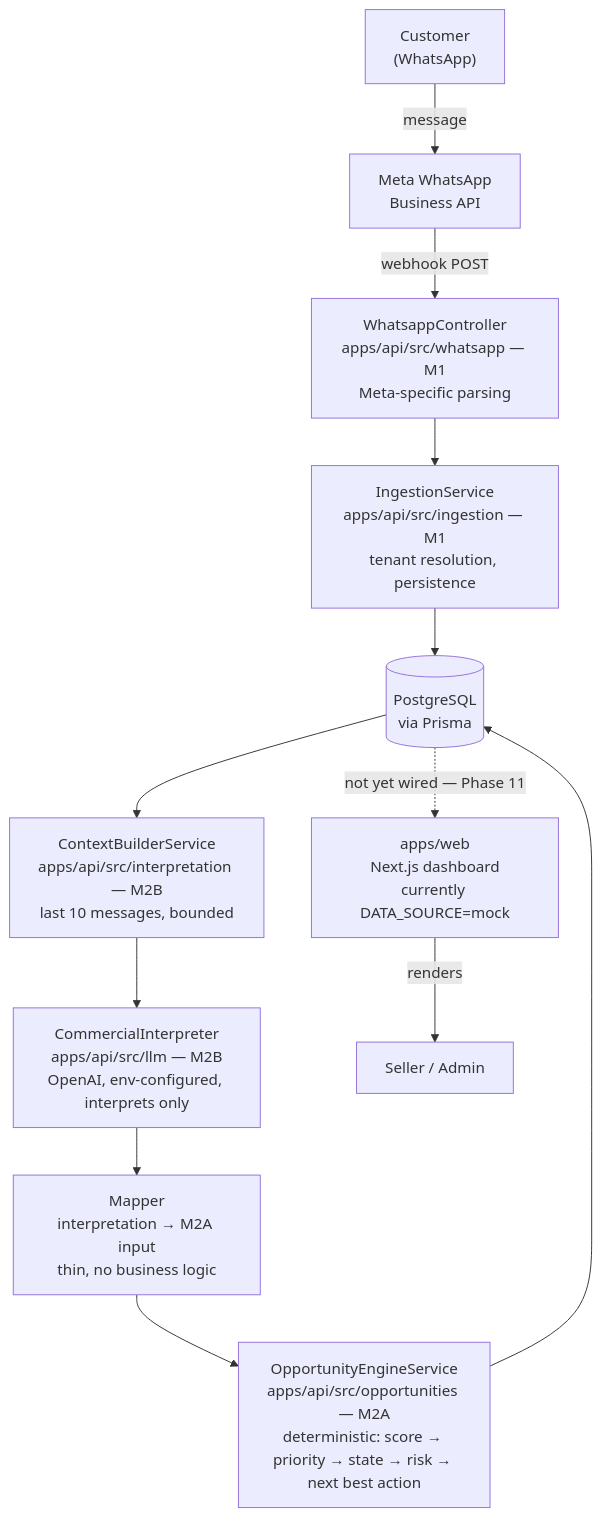
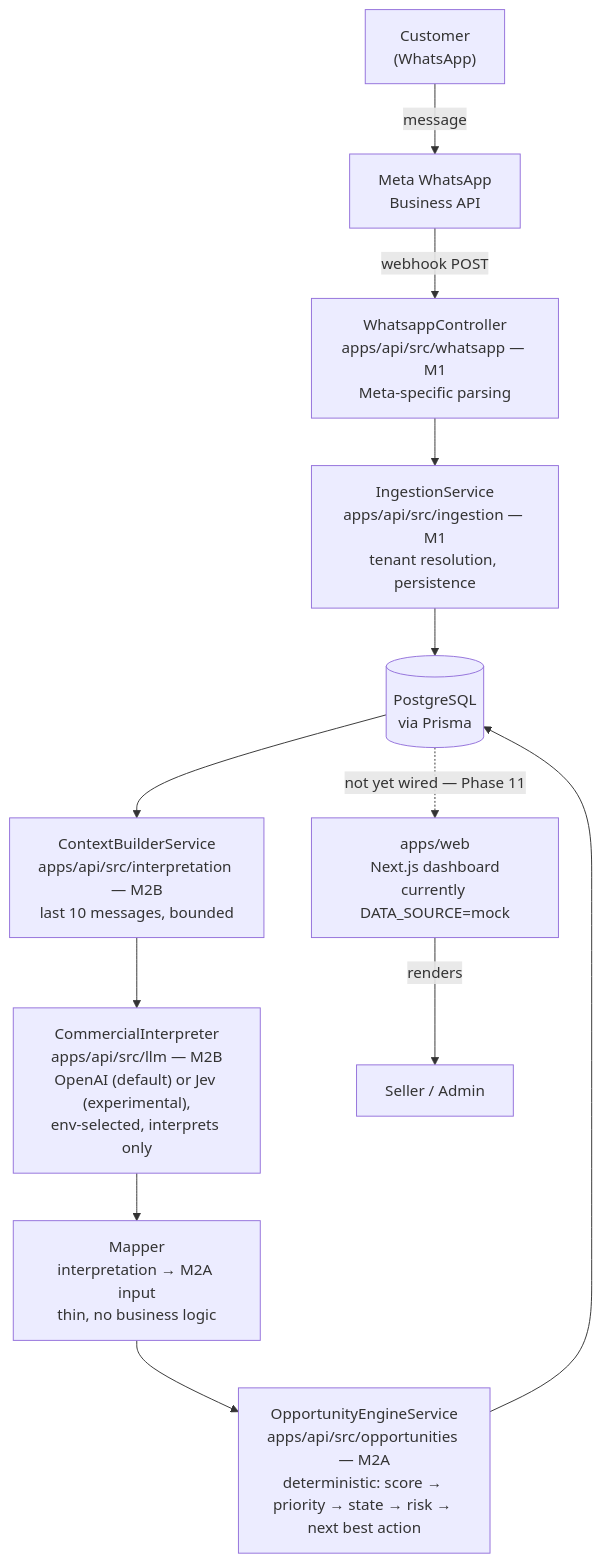
The diagram in docs/SYSTEM.md (keom-code/keom-platform), drawn with Mermaid before and after one commit. The commit also changed 29 other files, not shown here.

First line of the commit message:
Add Jev (TypeSafe AI) as an opt-in M2B commercial interpreter with offline evaluation

````diff
--- a/docs/SYSTEM.md
+++ b/docs/SYSTEM.md
@@ -19,16 +19,16 @@
 ```mermaid
 flowchart TD
     Customer["Customer<br/>(WhatsApp)"] -->|message| Meta["Meta WhatsApp<br/>Business API"]
     Meta -->|webhook POST| Webhook["WhatsappController<br/>apps/api/src/whatsapp — M1<br/>Meta-specific parsing"]
     Webhook --> Ingestion["IngestionService<br/>apps/api/src/ingestion — M1<br/>tenant resolution, persistence"]
     Ingestion --> DB[("PostgreSQL<br/>via Prisma")]
 
     DB --> ContextBuilder["ContextBuilderService<br/>apps/api/src/interpretation — M2B<br/>last 10 messages, bounded"]
-    ContextBuilder --> LLM["CommercialInterpreter<br/>apps/api/src/llm — M2B<br/>OpenAI, env-configured, interprets only"]
+    ContextBuilder --> LLM["CommercialInterpreter<br/>apps/api/src/llm — M2B<br/>OpenAI (default) or Jev (experimental),<br/>env-selected, interprets only"]
     LLM --> Mapper["Mapper<br/>interpretation → M2A input<br/>thin, no business logic"]
     Mapper --> Engine["OpportunityEngineService<br/>apps/api/src/opportunities — M2A<br/>deterministic: score → priority → state → risk → next best action"]
     Engine --> DB
 
     DB -.->|"not yet wired — Phase 11"| WebApp["apps/web<br/>Next.js dashboard<br/>currently DATA_SOURCE=mock"]
     WebApp -->|renders| Seller["Seller / Admin"]
 ```
````
